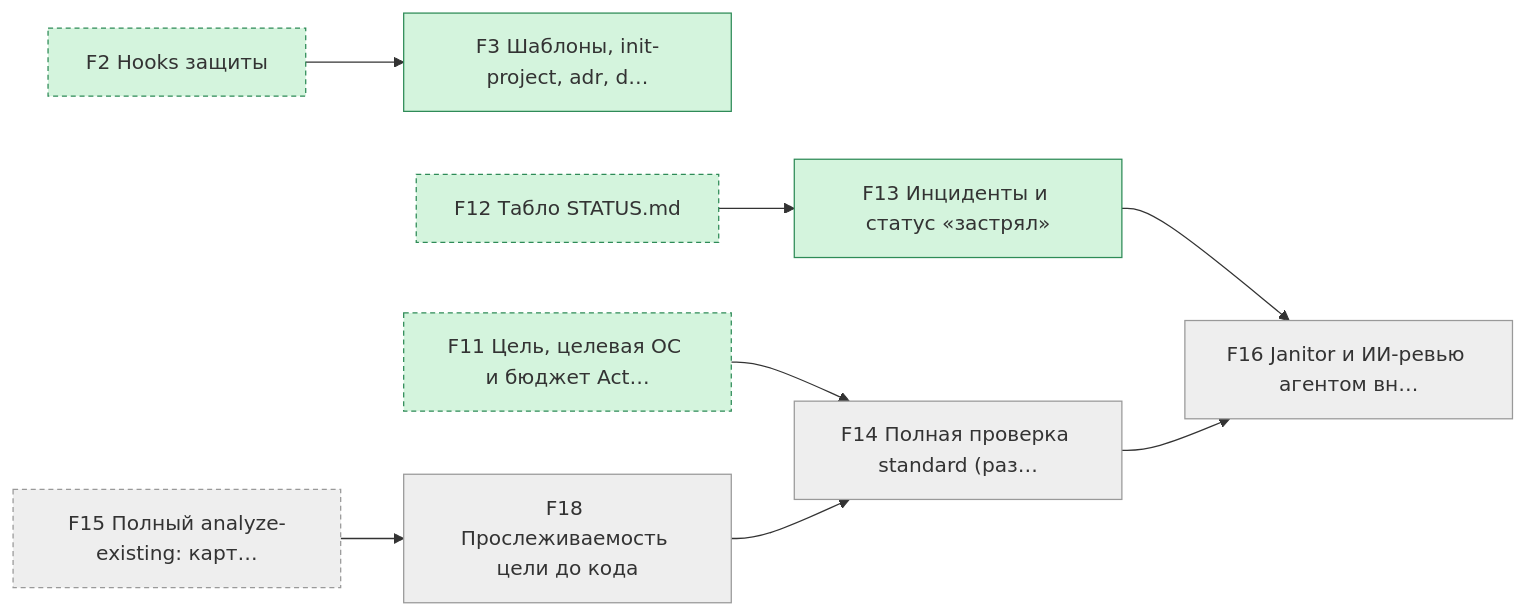
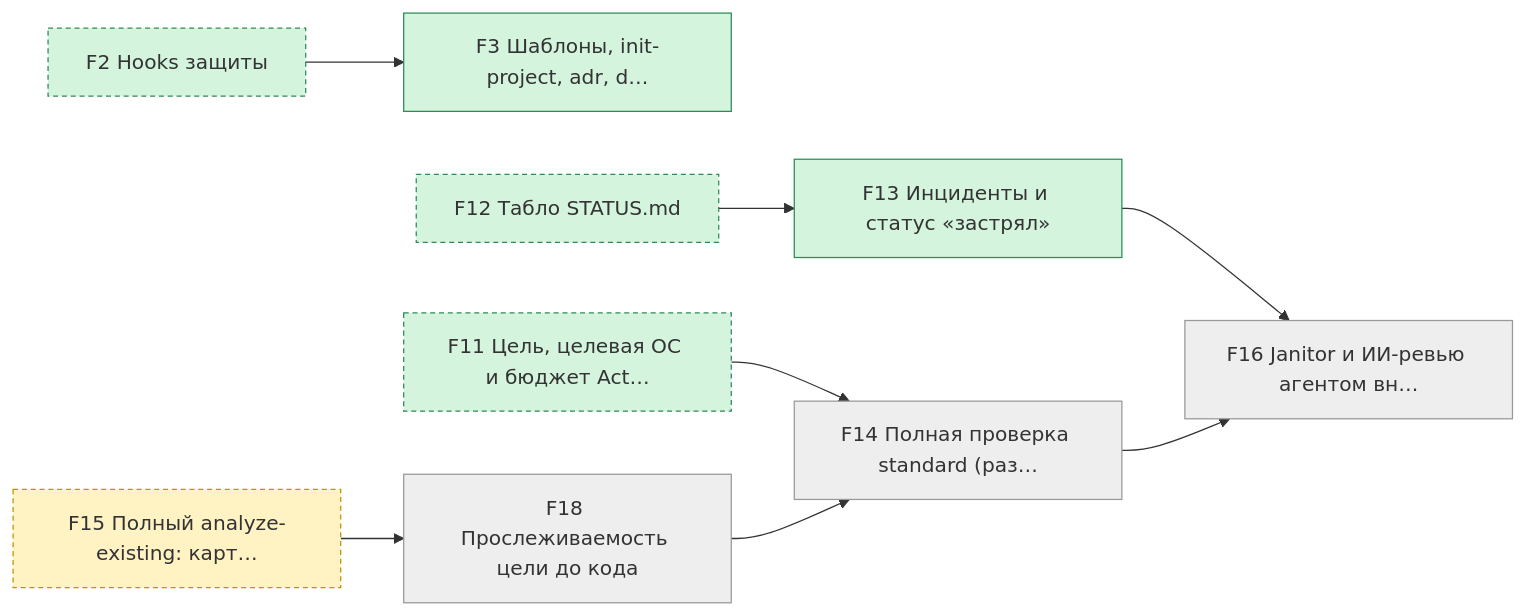
One commit to pete-doc/project-architect changed the sixth of 6 diagrams in state/STATUS.md. Above: the diagram before and after it, drawn with Mermaid. The commit also changed other lines of this file and 2 other files, not shown here.

````diff
--- a/state/STATUS.md
+++ b/state/STATUS.md
@@ -154,27 +155,28 @@
 ```mermaid
 graph LR
   F3["F3 Шаблоны, init-project, adr, d…"]
   F13["F13 Инциденты и статус «застрял»"]
   F14["F14 Полная проверка standard (раз…"]
   F16["F16 Janitor и ИИ-ревью агентом вн…"]
   F18["F18 Прослеживаемость цели до кода"]
   F2["F2 Hooks защиты"]
   F12["F12 Табло STATUS.md"]
   F11["F11 Цель, целевая ОС и бюджет Act…"]
   F15["F15 Полный analyze-existing: карт…"]
   F2 --> F3
   F12 --> F13
   F11 --> F14
   F18 --> F14
   F13 --> F16
   F14 --> F16
   F15 --> F18
   classDef done fill:#d4f4dd,stroke:#2e8b57
   classDef work fill:#fff3c4,stroke:#c79100
   classDef blocked fill:#ffd6d6,stroke:#c0392b
   classDef later fill:#eeeeee,stroke:#999999
   classDef outside stroke-dasharray: 4 3
   class F3,F13,F2,F12,F11 done
-  class F14,F16,F18,F15 later
+  class F15 work
+  class F14,F16,F18 later
   class F2,F12,F11,F15 outside
 ```
````
